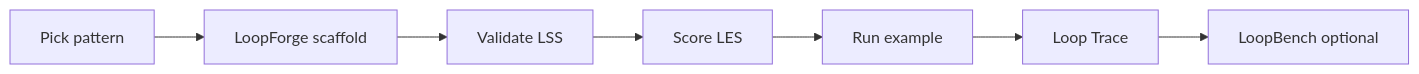
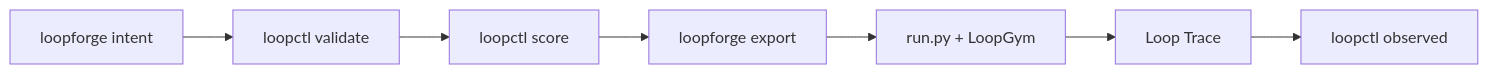
The diagram in contributions/GOLDEN_PATH.md (KanakMalpani/Loop-Engineering), drawn with Mermaid before and after one commit. The commit also changed other lines of this file and 46 other files, not shown here.

First line of the commit message:
Phase 10: integration north star, PyPI export, loopctl pipeline, framework packs.

````diff
--- a/contributions/GOLDEN_PATH.md
+++ b/contributions/GOLDEN_PATH.md
@@ -14,9 +13,9 @@
 ```mermaid
 flowchart LR
-  A[Pick pattern] --> B[LoopForge scaffold]
-  B --> C[Validate LSS]
-  C --> D[Score LES]
-  D --> E[Run example]
-  E --> T[Loop Trace]
-  T --> F[LoopBench optional]
+  Intent[loopforge intent] --> Validate[loopctl validate]
+  Validate --> Score[loopctl score]
+  Score --> Export[loopforge export]
+  Export --> Run[run.py + LoopGym]
+  Run --> Trace[Loop Trace]
+  Trace --> Observed[loopctl observed]
 ```
````
